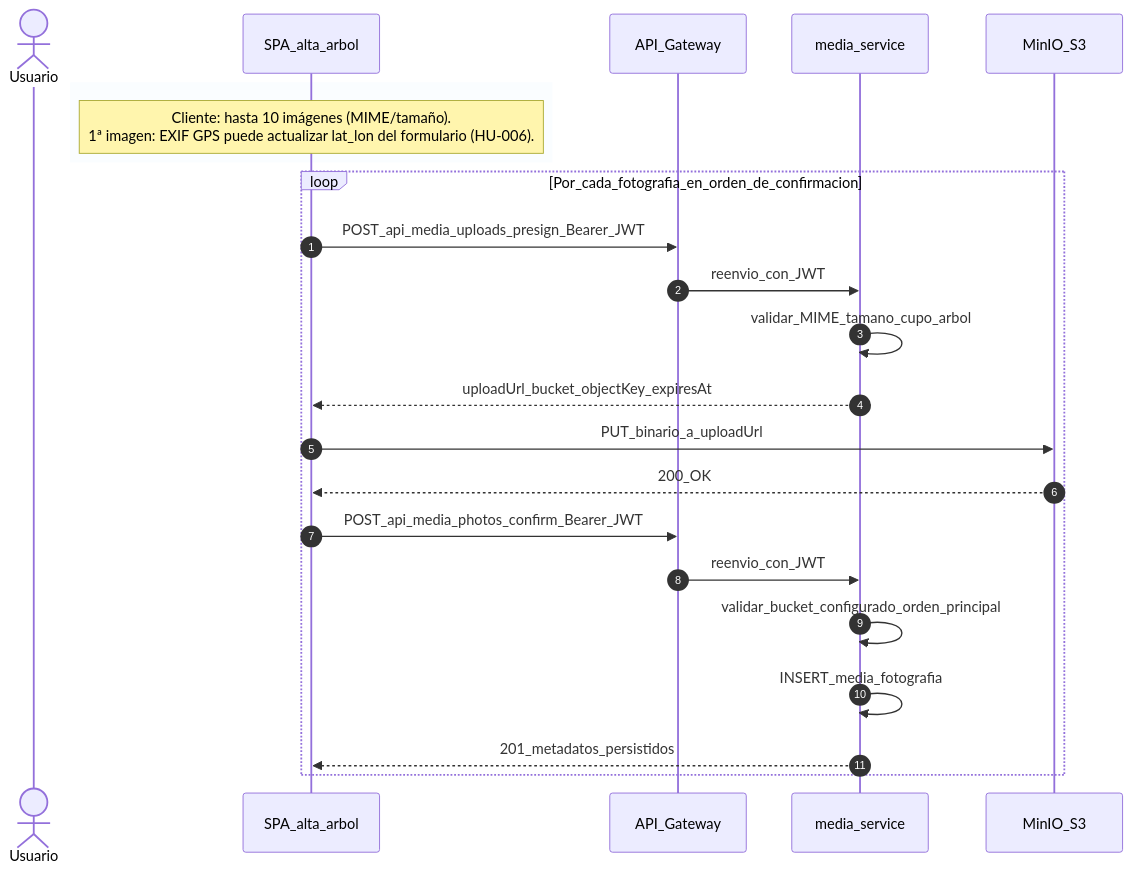
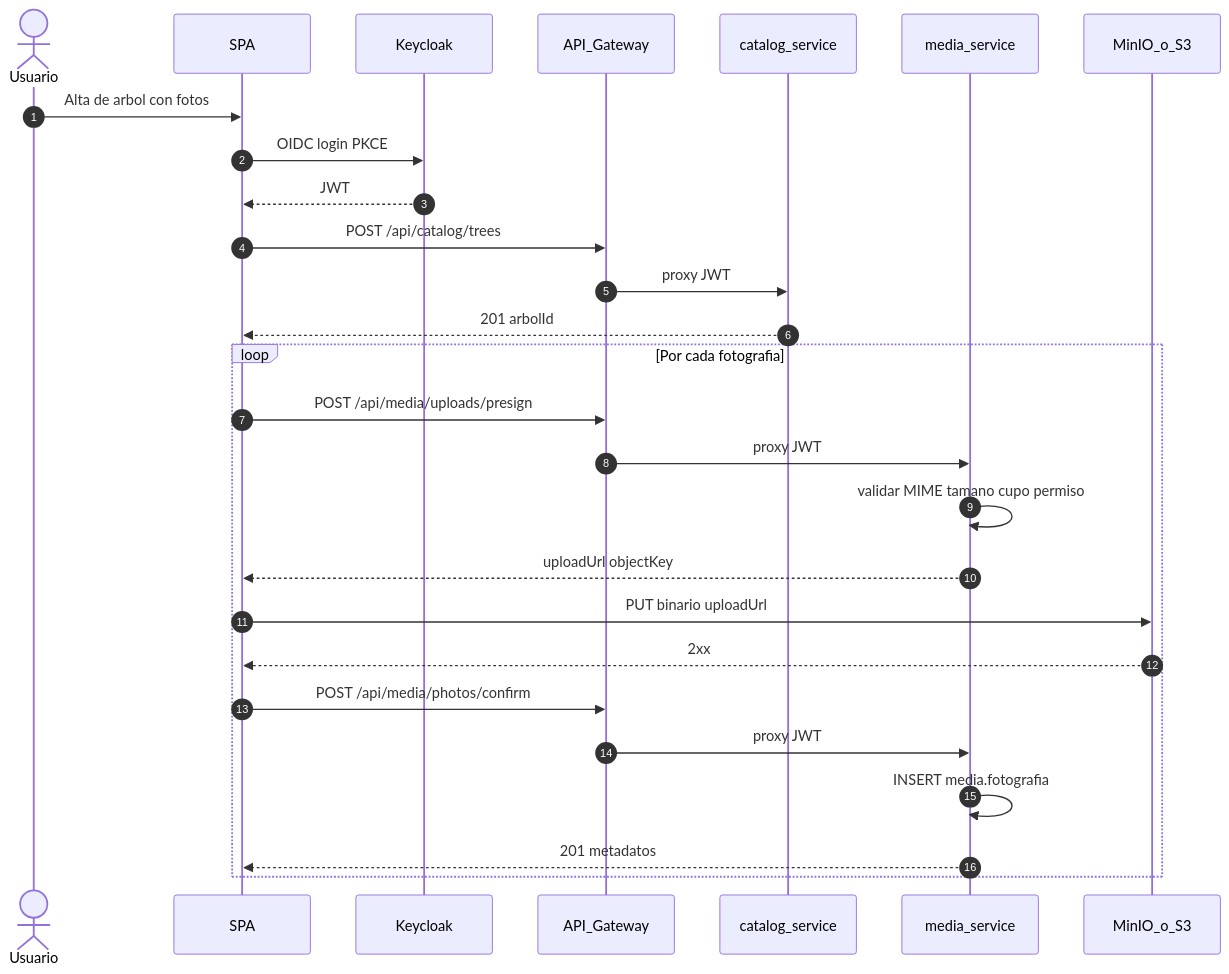
Diagram 11 of 19 in readme.md (LIDR-academy/AI4Devs-finalproject), drawn with Mermaid before and after one commit. The commit also changed other lines of this file and 1 other file, not shown here.

````diff
--- a/readme.md
+++ b/readme.md
@@ -726,29 +724,34 @@
 ```mermaid
 sequenceDiagram
   autonumber
   actor U as Usuario
-  participant SPA as SPA_alta_arbol
+  participant SPA as SPA
+  participant KC as Keycloak
   participant GW as API_Gateway
+  participant CAT as catalog_service
   participant MS as media_service
-  participant M as MinIO_S3
+  participant OBJ as MinIO_o_S3
 
-  rect rgba(240, 248, 255, 0.35)
-    Note over SPA: Cliente: hasta 10 imágenes (MIME/tamaño).<br/>1ª imagen: EXIF GPS puede actualizar lat_lon del formulario (HU-006).
-  end
+  U->>SPA: Alta de arbol con fotos
+  SPA->>KC: OIDC login PKCE
+  KC-->>SPA: JWT
 
-  loop Por_cada_fotografia_en_orden_de_confirmacion
-    SPA->>GW: POST_api_media_uploads_presign_Bearer_JWT
-    GW->>MS: reenvio_con_JWT
-    MS->>MS: validar_MIME_tamano_cupo_arbol
-    MS-->>SPA: uploadUrl_bucket_objectKey_expiresAt
+  SPA->>GW: POST /api/catalog/trees
+  GW->>CAT: proxy JWT
+  CAT-->>SPA: 201 arbolId
 
-    SPA->>M: PUT_binario_a_uploadUrl
-    M-->>SPA: 200_OK
+  loop Por cada fotografia
+    SPA->>GW: POST /api/media/uploads/presign
+    GW->>MS: proxy JWT
+    MS->>MS: validar MIME tamano cupo permiso
+    MS-->>SPA: uploadUrl objectKey
 
-    SPA->>GW: POST_api_media_photos_confirm_Bearer_JWT
-    GW->>MS: reenvio_con_JWT
-    MS->>MS: validar_bucket_configurado_orden_principal
-    MS->>MS: INSERT_media_fotografia
-    MS-->>SPA: 201_metadatos_persistidos
+    SPA->>OBJ: PUT binario uploadUrl
+    OBJ-->>SPA: 2xx
+
+    SPA->>GW: POST /api/media/photos/confirm
+    GW->>MS: proxy JWT
+    MS->>MS: INSERT media.fotografia
+    MS-->>SPA: 201 metadatos
   end
 ```
````
